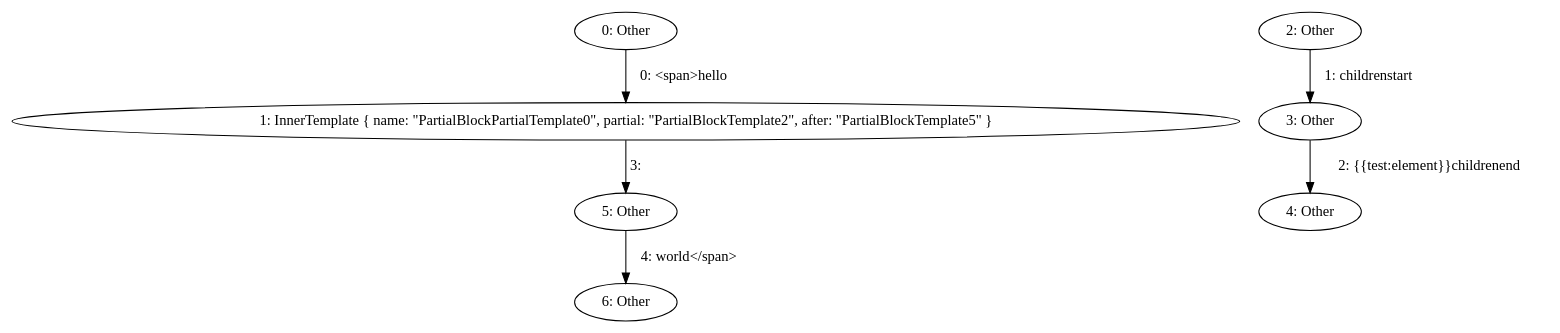
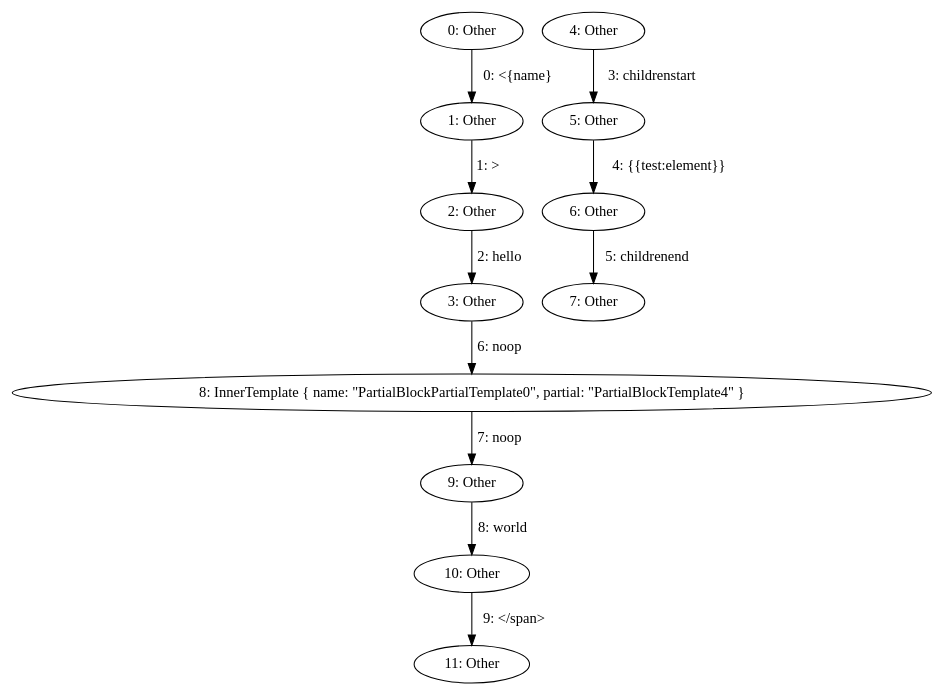
Before and after one commit to mohe2015/zero-cost-templating: the diagram in zero-cost-templating/partial_block.html.dot, drawn with Graphviz. The commit also changed 4 other files, not shown here.

```diff
--- a/zero-cost-templating/partial_block.html.dot
+++ b/zero-cost-templating/partial_block.html.dot
@@ -1,14 +1,24 @@
 digraph {
     0 [ label = "0: Other" ]
-    1 [ label = "1: InnerTemplate { name: \"PartialBlockPartialTemplate0\", partial: \"PartialBlockTemplate2\", after: \"PartialBlockTemplate5\" }" ]
+    1 [ label = "1: Other" ]
     2 [ label = "2: Other" ]
     3 [ label = "3: Other" ]
     4 [ label = "4: Other" ]
     5 [ label = "5: Other" ]
     6 [ label = "6: Other" ]
-    0 -> 1 [ label = "0: <span>hello" ]
-    2 -> 3 [ label = "1: childrenstart" ]
-    3 -> 4 [ label = "2: {{test:element}}childrenend" ]
-    1 -> 5 [ label = "3: " ]
-    5 -> 6 [ label = "4: world</span>" ]
+    7 [ label = "7: Other" ]
+    8 [ label = "8: InnerTemplate { name: \"PartialBlockPartialTemplate0\", partial: \"PartialBlockTemplate4\" }" ]
+    9 [ label = "9: Other" ]
+    10 [ label = "10: Other" ]
+    11 [ label = "11: Other" ]
+    0 -> 1 [ label = "0: <{name}" ]
+    1 -> 2 [ label = "1: >" ]
+    2 -> 3 [ label = "2: hello" ]
+    4 -> 5 [ label = "3: childrenstart" ]
+    5 -> 6 [ label = "4: {{test:element}}" ]
+    6 -> 7 [ label = "5: childrenend" ]
+    3 -> 8 [ label = "6: noop" ]
+    8 -> 9 [ label = "7: noop" ]
+    9 -> 10 [ label = "8: world" ]
+    10 -> 11 [ label = "9: </span>" ]
 }
```
